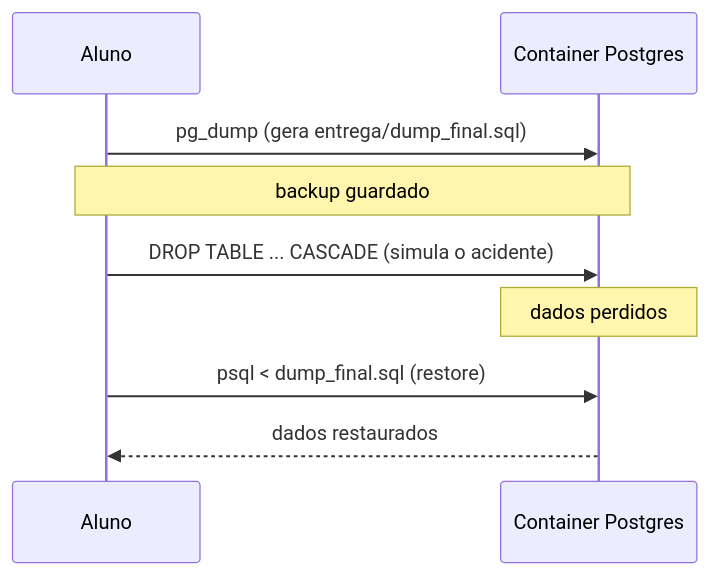
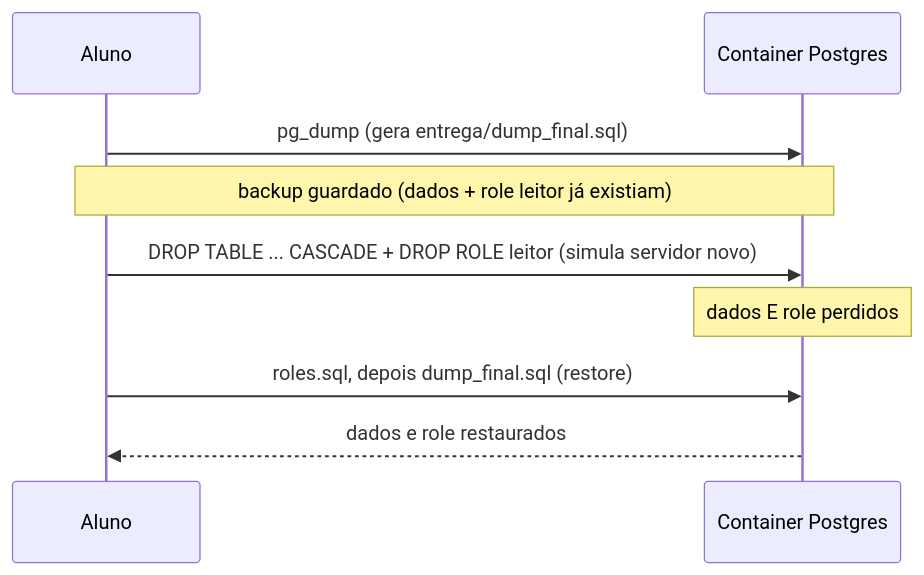
Before and after one commit to robersonjfa/lab-postgresql-admin: the third of 3 diagrams in roteiro.md, drawn with Mermaid. The commit also changed other lines of this file and 9 other files, not shown here.

````diff
--- a/roteiro.md
+++ b/roteiro.md
@@ -180,11 +248,11 @@
 ```mermaid
 sequenceDiagram
     participant Aluno
     participant DB as Container Postgres
     Aluno->>DB: pg_dump (gera entrega/dump_final.sql)
-    Note over Aluno,DB: backup guardado
-    Aluno->>DB: DROP TABLE ... CASCADE (simula o acidente)
-    Note over DB: dados perdidos
-    Aluno->>DB: psql < dump_final.sql (restore)
-    DB-->>Aluno: dados restaurados
+    Note over Aluno,DB: backup guardado (dados + role leitor já existiam)
+    Aluno->>DB: DROP TABLE ... CASCADE + DROP ROLE leitor (simula servidor novo)
+    Note over DB: dados E role perdidos
+    Aluno->>DB: roles.sql, depois dump_final.sql (restore)
+    DB-->>Aluno: dados e role restaurados
 ```
````
